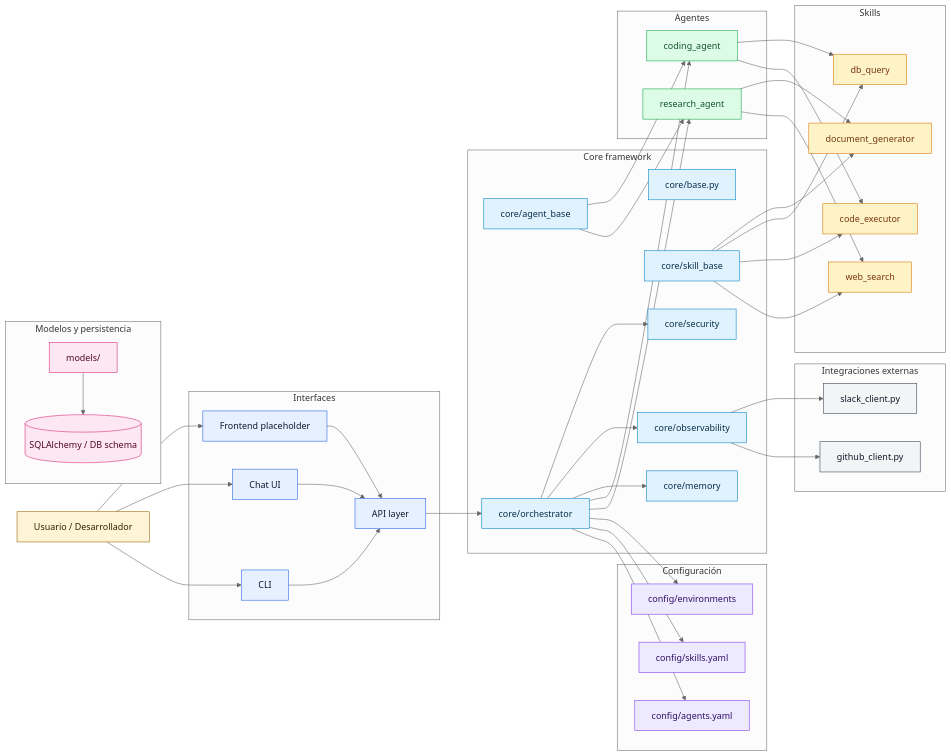
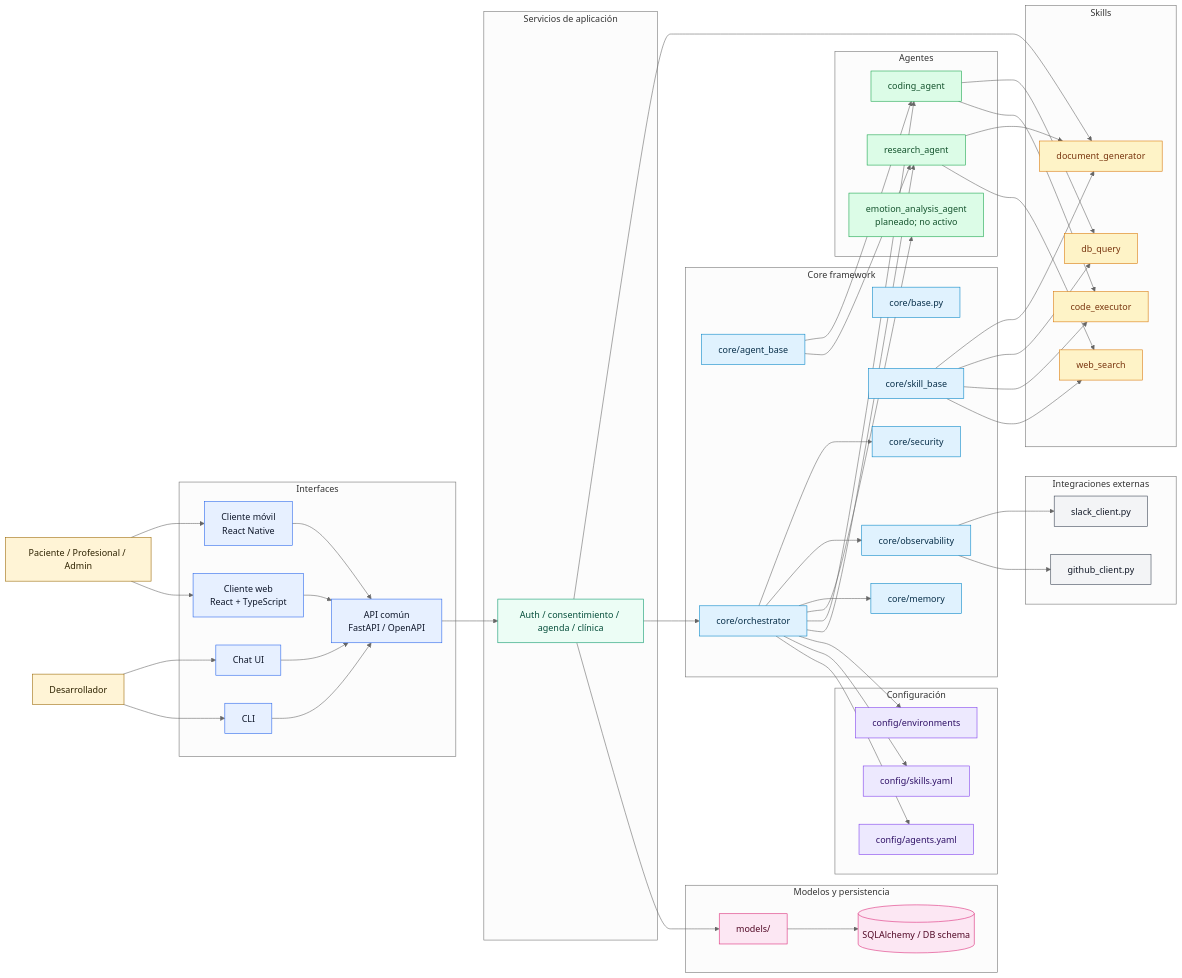
Before and after one commit to EdwarIbague23/MindAI: the diagram in mi-framework-ia/docs/diagrama_componentes_mindflow.mmd, drawn with Mermaid (neutral theme). The commit also changed 45 other files, not shown here.

```diff
--- a/mi-framework-ia/docs/diagrama_componentes_mindflow.mmd
+++ b/mi-framework-ia/docs/diagrama_componentes_mindflow.mmd
@@ -1,100 +1,115 @@
 flowchart LR
-    user[Usuario / Desarrollador]
+    user[Paciente / Profesional / Admin]
+    developer[Desarrollador]
 
     subgraph interfaces[Interfaces]
         cli[CLI]
         chat[Chat UI]
-        api[API layer]
-        frontend[Frontend placeholder]
+        api[API común<br/>FastAPI / OpenAPI]
+        web_client[Cliente web<br/>React + TypeScript]
+        mobile_client[Cliente móvil<br/>React Native]
+    end
+
+    subgraph application[Servicios de aplicación]
+        app_services[Auth / consentimiento / agenda / clínica]
     end
 
     subgraph config[Configuración]
         agents_cfg[config/agents.yaml]
         skills_cfg[config/skills.yaml]
         env_cfg[config/environments]
     end
 
     subgraph core[Core framework]
         base[core/base.py]
         agent_base[core/agent_base]
         skill_base[core/skill_base]
         orchestrator[core/orchestrator]
         memory[core/memory]
         observability[core/observability]
         security[core/security]
     end
 
     subgraph agents_layer[Agentes]
         research[research_agent]
         coding[coding_agent]
+        emotion_analysis[emotion_analysis_agent<br/>planeado; no activo]
     end
 
     subgraph skills_layer[Skills]
-        web[web_search]
+        web_search_skill[web_search]
         codeexec[code_executor]
         db_query[db_query]
         docgen[document_generator]
     end
 
     subgraph data[Modelos y persistencia]
         models[models/]
         db[(SQLAlchemy / DB schema)]
     end
 
     subgraph tools[Integraciones externas]
         github[github_client.py]
         slack[slack_client.py]
     end
 
-    user --> cli
-    user --> chat
-    user --> frontend
+    developer --> cli
+    developer --> chat
+    user --> web_client
+    user --> mobile_client
     cli --> api
     chat --> api
-    frontend --> api
+    web_client --> api
+    mobile_client --> api
 
-    api --> orchestrator
+    api --> app_services
+    app_services --> models
+    app_services --> orchestrator
+    app_services --> docgen
     orchestrator --> agents_cfg
     orchestrator --> skills_cfg
     orchestrator --> env_cfg
 
     orchestrator --> research
     orchestrator --> coding
+    orchestrator --> emotion_analysis
 
-    research --> web
+    research --> web_search_skill
     research --> docgen
     coding --> codeexec
     coding --> db_query
 
     agent_base --> research
     agent_base --> coding
-    skill_base --> web
+    skill_base --> web_search_skill
     skill_base --> codeexec
     skill_base --> db_query
     skill_base --> docgen
 
     orchestrator --> memory
     orchestrator --> observability
     orchestrator --> security
 
     models --> db
     observability --> github
     observability --> slack
 
     classDef actor fill:#fff4d6,stroke:#9a6700,color:#2d2200
     classDef interface fill:#e7f0ff,stroke:#2563eb,color:#0f172a
     classDef config fill:#ede9fe,stroke:#7c3aed,color:#2e1065
     classDef core fill:#e0f2fe,stroke:#0284c7,color:#082f49
+    classDef application fill:#ecfdf5,stroke:#059669,color:#064e3b
     classDef agent fill:#dcfce7,stroke:#16a34a,color:#14532d
     classDef skill fill:#fef3c7,stroke:#d97706,color:#78350f
     classDef data fill:#fce7f3,stroke:#db2777,color:#500724
     classDef tools fill:#f3f4f6,stroke:#374151,color:#111827
 
-    class user actor
-    class cli,chat,api,frontend interface
+    class user,developer actor
+    class cli,chat,api,web_client,mobile_client interface
+    class app_services application
     class agents_cfg,skills_cfg,env_cfg config
     class base,agent_base,skill_base,orchestrator,memory,observability,security core
-    class research,coding agent
-    class web,codeexec,db_query,docgen skill
+    class research,coding,emotion_analysis agent
+    class web_search_skill,codeexec,db_query,docgen skill
     class models,db data
     class github,slack tools
```
